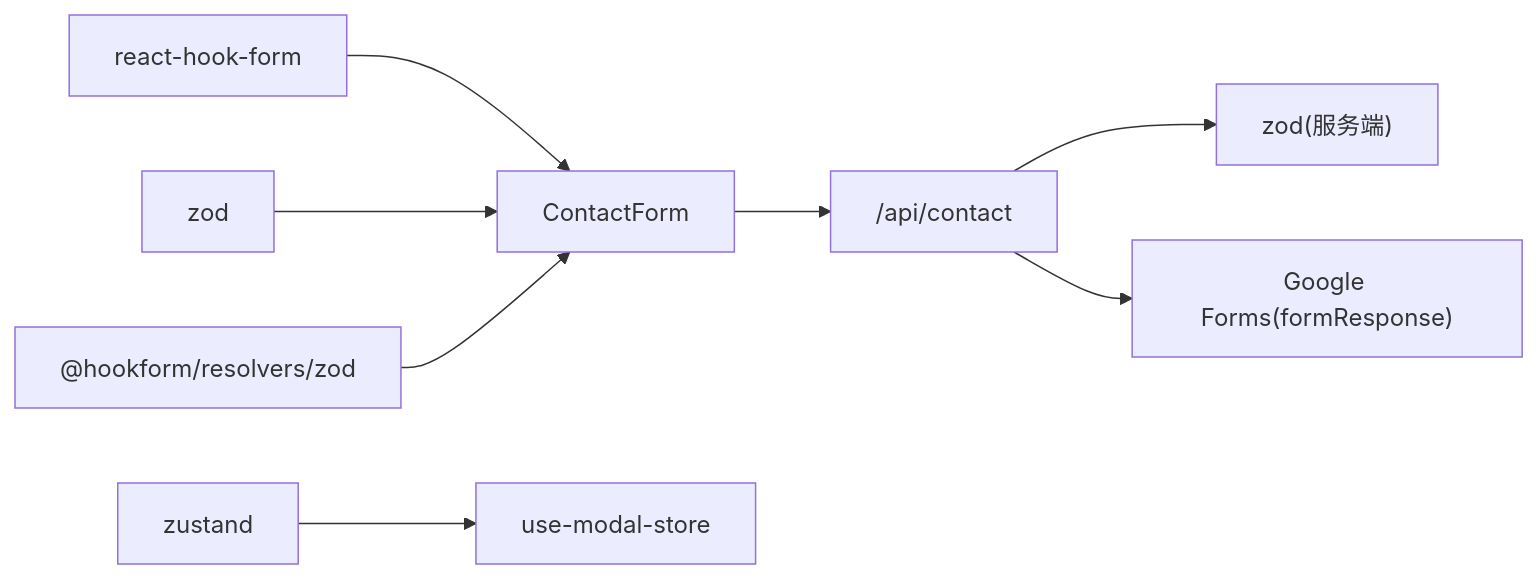
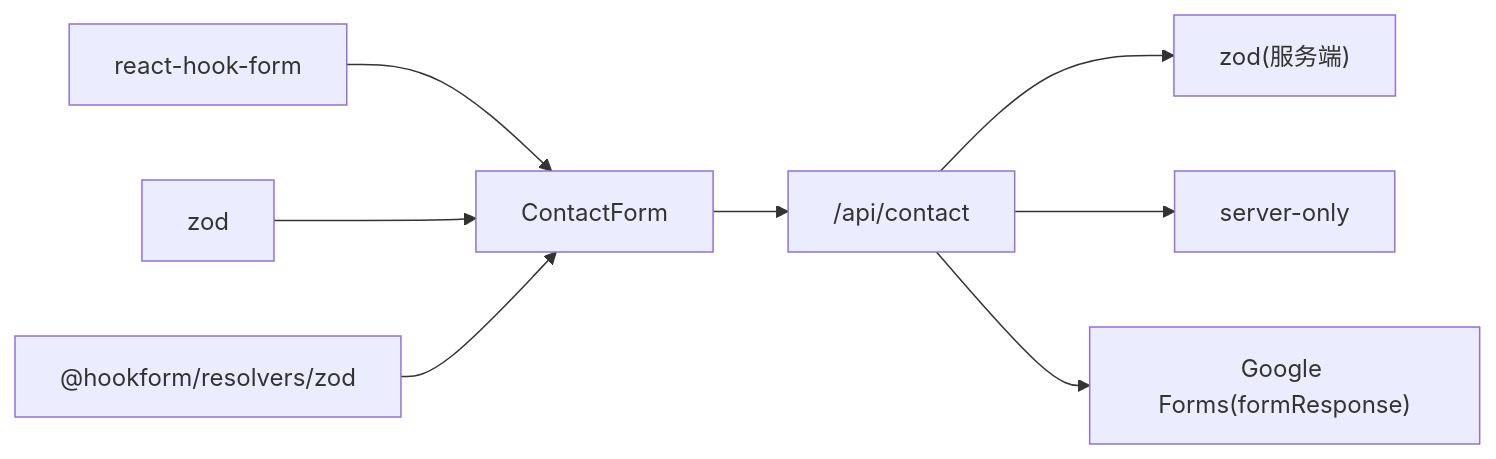
One commit to florianjsun/next-portfolio changed the fifth of 5 diagrams in .qoder/repowiki/zh/content/核心功能模块/联系表单系统.md. Above: the diagram before and after it, drawn with Mermaid. The commit also changed other lines of this file and 49 other files, not shown here.

````diff
--- a/.qoder/repowiki/zh/content/核心功能模块/联系表单系统.md
+++ b/.qoder/repowiki/zh/content/核心功能模块/联系表单系统.md
@@ -206,10 +233,10 @@
 ```mermaid
 graph LR
 RHF["react-hook-form"] --> CF["ContactForm"]
 ZOD["zod"] --> CF
 RESOLVER["@hookform/resolvers/zod"] --> CF
-ZUSTAND["zustand"] --> MS["use-modal-store"]
 CF --> API["/api/contact"]
 API --> ZODS["zod(服务端)"]
+API --> SERVERONLY["server-only"]
 API --> GF["Google Forms(formResponse)"]
 ```
````
